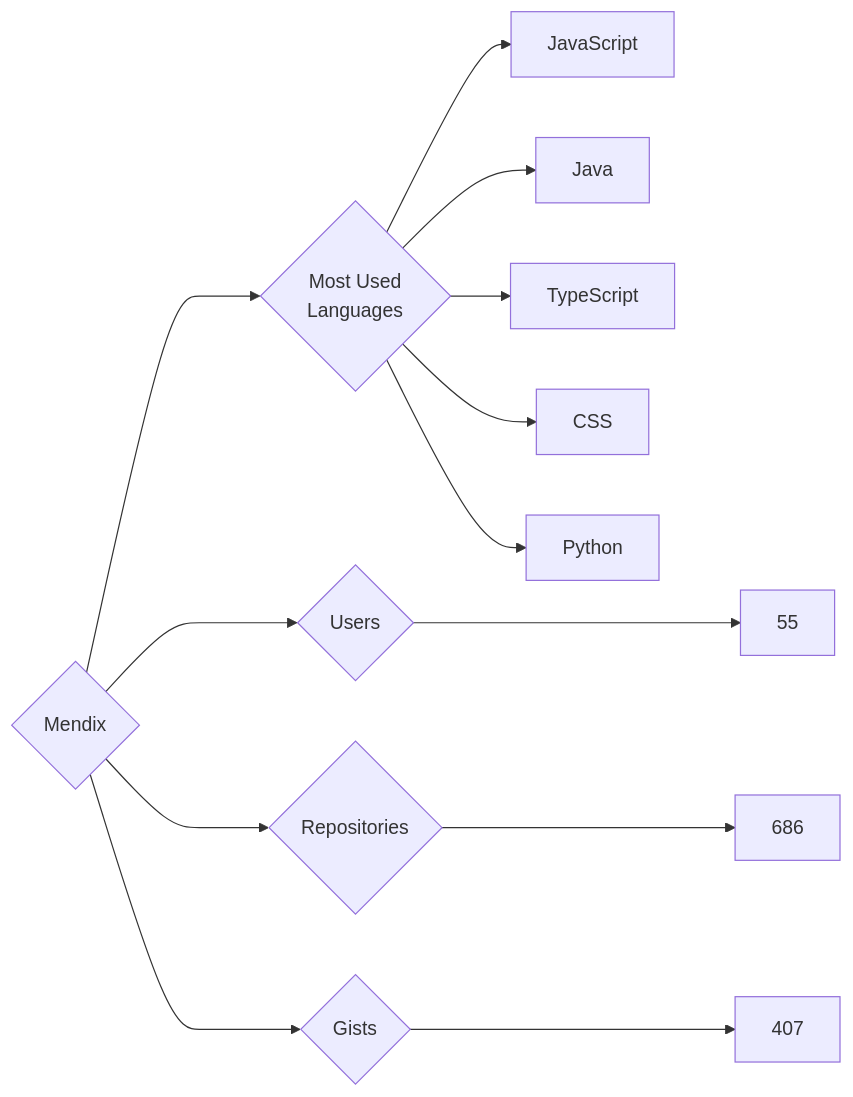
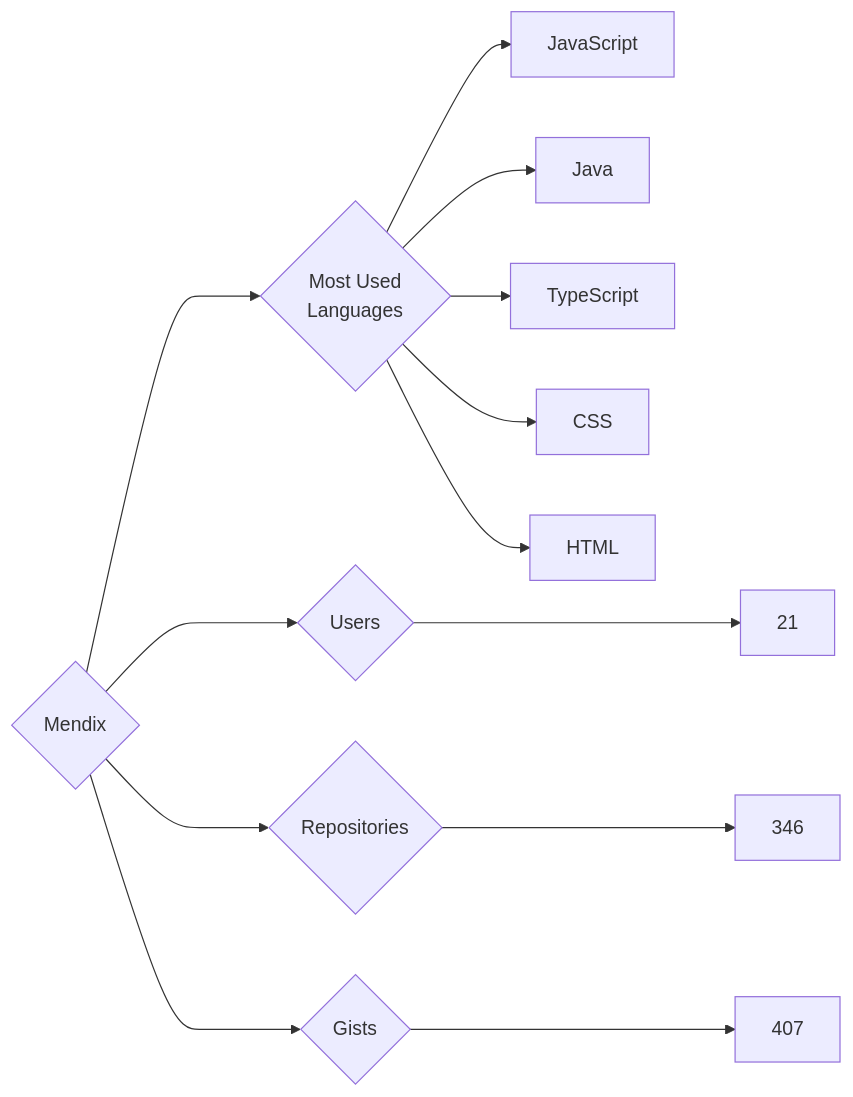
Before and after one commit to trickest/insiders: the diagram in targets/Mendix/README.md, drawn with Mermaid. The commit also changed 682 other files, not shown here.

````diff
--- a/targets/Mendix/README.md
+++ b/targets/Mendix/README.md
@@ -3,13 +3,13 @@
 ```mermaid
 graph LR
 COMPANY_NAME{Mendix}
-COMPANY_NAME ---> U{Users} ---> UN[55]
-COMPANY_NAME ---> R{Repositories} ---> RN[686]
+COMPANY_NAME ---> U{Users} ---> UN[21]
+COMPANY_NAME ---> R{Repositories} ---> RN[346]
 COMPANY_NAME ---> G{Gists} ---> GN[407]
 COMPANY_NAME ---> ML{Most Used<br>Languages}
 ML --> JavaScript[JavaScript]
 ML --> Java[Java]
 ML --> TypeScript[TypeScript]
 ML --> CSS[CSS]
-ML --> Python[Python]
+ML --> HTML[HTML]
 ```
````
